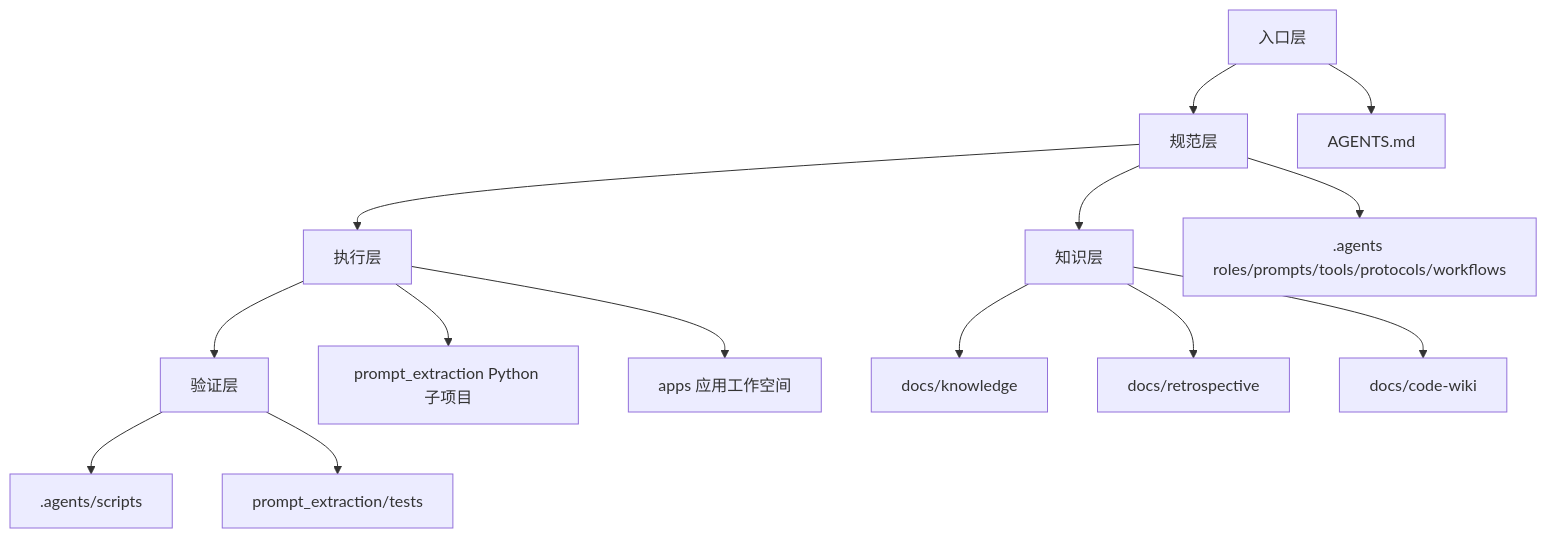
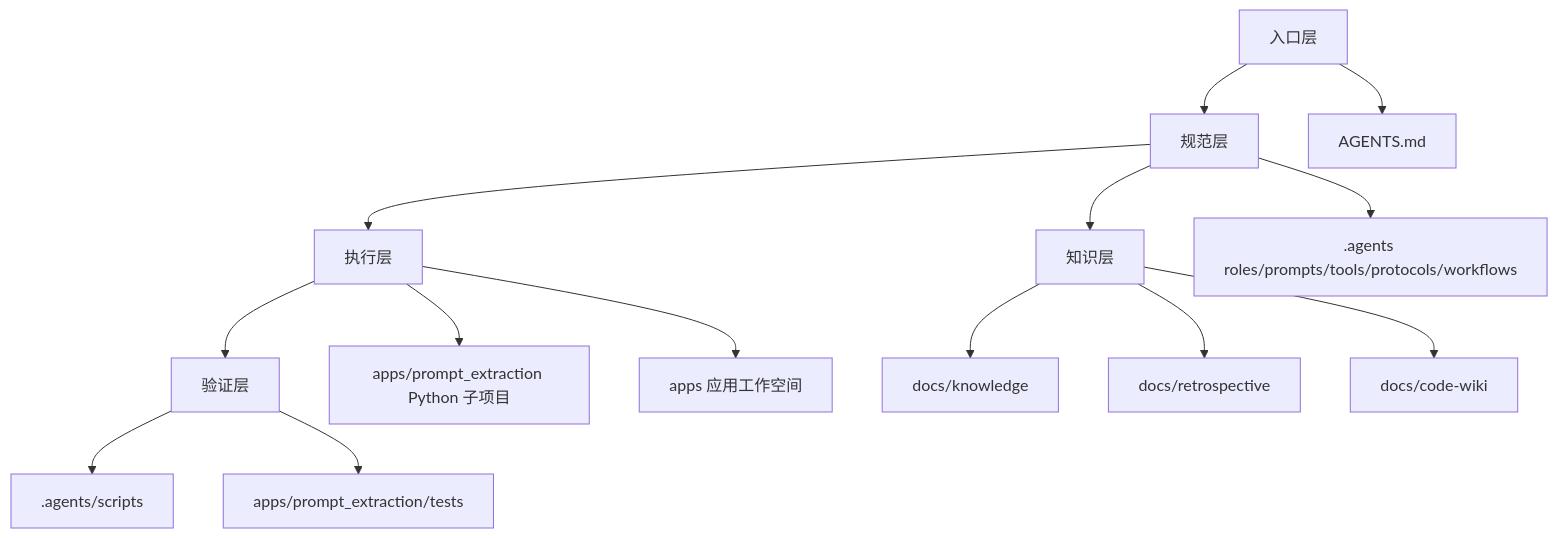
One commit to xinetzone/SpecWeave changed the diagram in .agents/docs/code-wiki/project-overview.md. Above: the diagram before and after it, drawn with Mermaid. The commit also changed other lines of this file and 100 other files, not shown here.

````diff
--- a/.agents/docs/code-wiki/project-overview.md
+++ b/.agents/docs/code-wiki/project-overview.md
@@ -48,16 +48,16 @@
 ```mermaid
 flowchart TB
     A["入口层"] --> B["规范层"]
     B --> C["执行层"]
     B --> D["知识层"]
     C --> E["验证层"]
     A --> A1[AGENTS.md]
     B --> B1[".agents roles/prompts/tools/protocols/workflows"]
-    C --> C1["prompt_extraction Python 子项目"]
+    C --> C1["apps/prompt_extraction Python 子项目"]
     C --> C2["apps 应用工作空间"]
     D --> D1[docs/knowledge]
     D --> D2[docs/retrospective]
     D --> D3[docs/code-wiki]
     E --> E1[.agents/scripts]
-    E --> E2[prompt_extraction/tests]
+    E --> E2[apps/prompt_extraction/tests]
 ```
````
